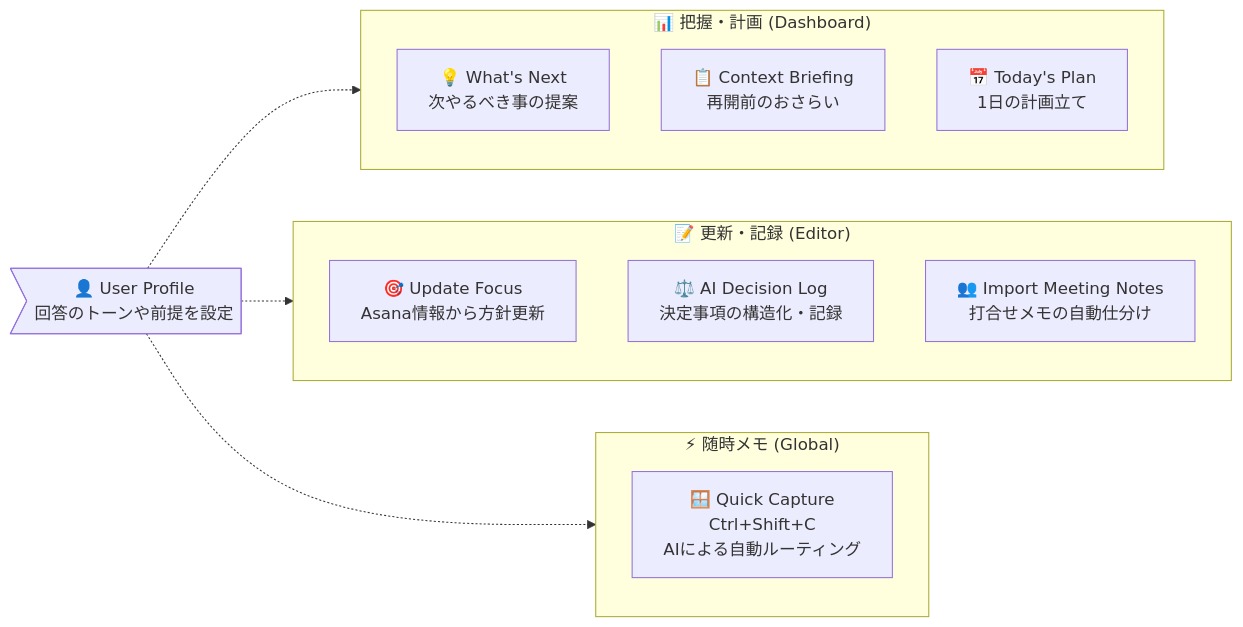
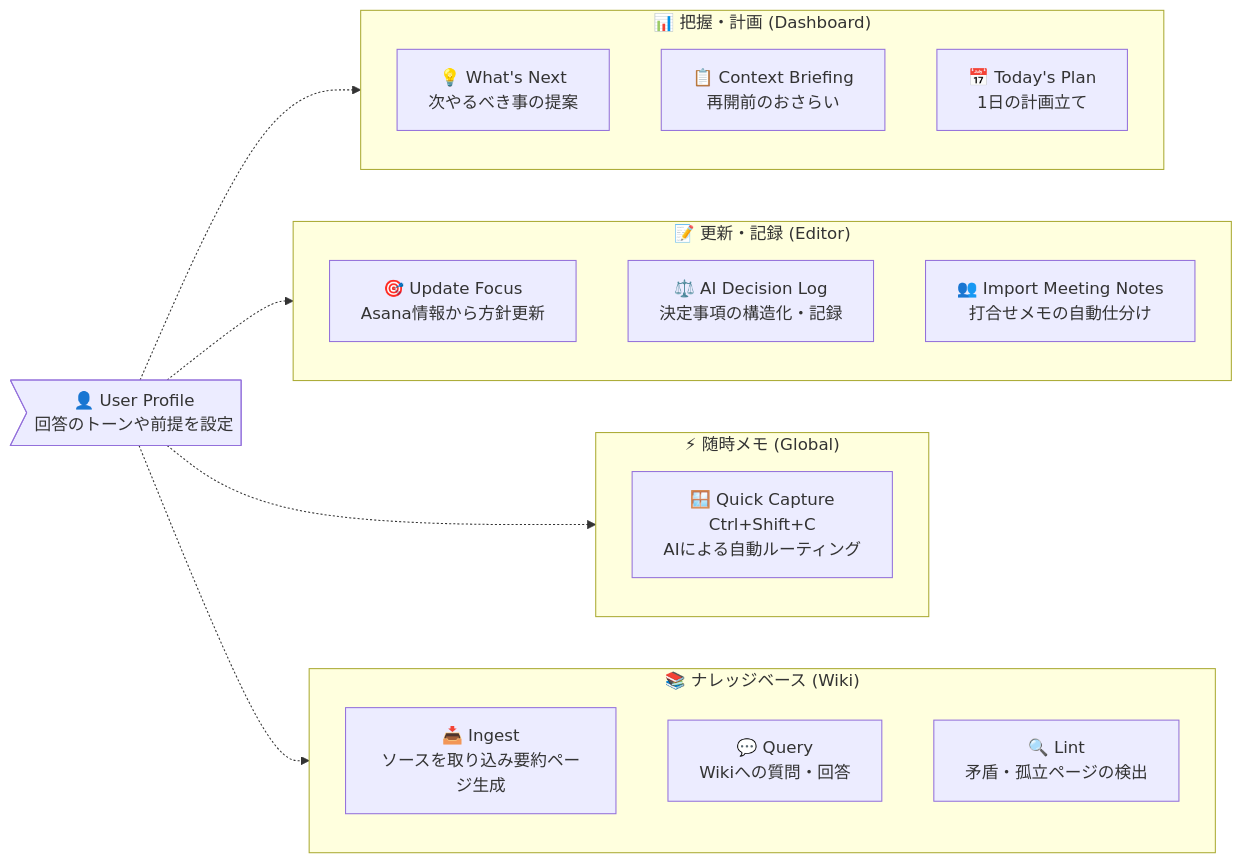
One commit to yt3trees/ProjectCurator changed the diagram in docs/ai-features-ja.md. Above: the diagram before and after it, drawn with Mermaid. The commit also changed other lines of this file and 21 other files, not shown here.

````diff
--- a/docs/ai-features-ja.md
+++ b/docs/ai-features-ja.md
@@ -11,29 +11,37 @@
 ```mermaid
 flowchart LR
     %% Base
     Profile>👤 User Profile<br>回答のトーンや前提を設定]
 
     %% 分類
     subgraph Dashboard ["📊 把握・計画 (Dashboard)"]
         direction TB
         WN["💡 What's Next<br>次やるべき事の提案"]
         CB["📋 Context Briefing<br>再開前のおさらい"]
         TP["📅 Today's Plan<br>1日の計画立て"]
     end
 
     subgraph Editor ["📝 更新・記録 (Editor)"]
         direction TB
         UF["🎯 Update Focus<br>Asana情報から方針更新"]
         DL["⚖️ AI Decision Log<br>決定事項の構造化・記録"]
         IM["👥 Import Meeting Notes<br>打合せメモの自動仕分け"]
     end
 
     subgraph Global ["⚡ 随時メモ (Global)"]
         direction TB
         QC["🪟 Quick Capture<br>Ctrl+Shift+C<br>AIによる自動ルーティング"]
     end
 
+    subgraph Wiki ["📚 ナレッジベース (Wiki)"]
+        direction TB
+        WI["📥 Ingest<br>ソースを取り込み要約ページ生成"]
+        WQ["💬 Query<br>Wikiへの質問・回答"]
+        WL["🔍 Lint<br>矛盾・孤立ページの検出"]
+    end
+
     Profile -.-> Dashboard
     Profile -.-> Editor
     Profile -.-> Global
+    Profile -.-> Wiki
 ```
````
